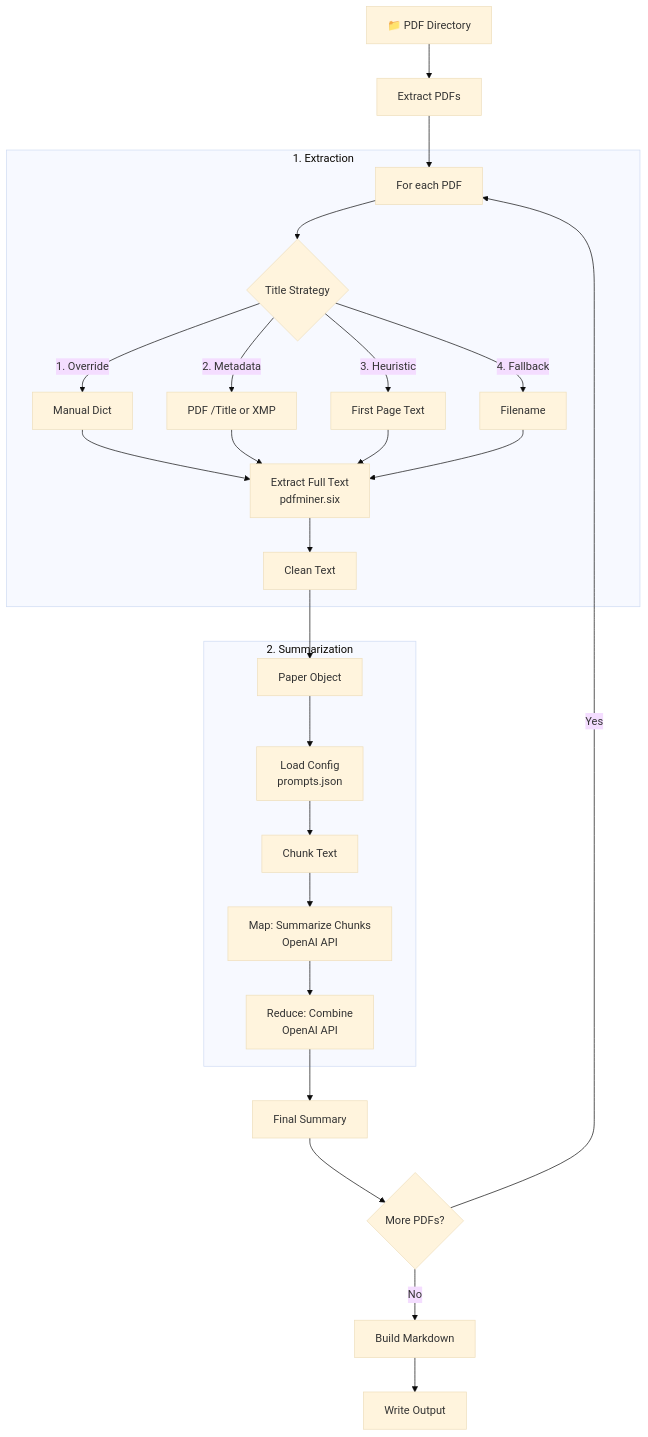
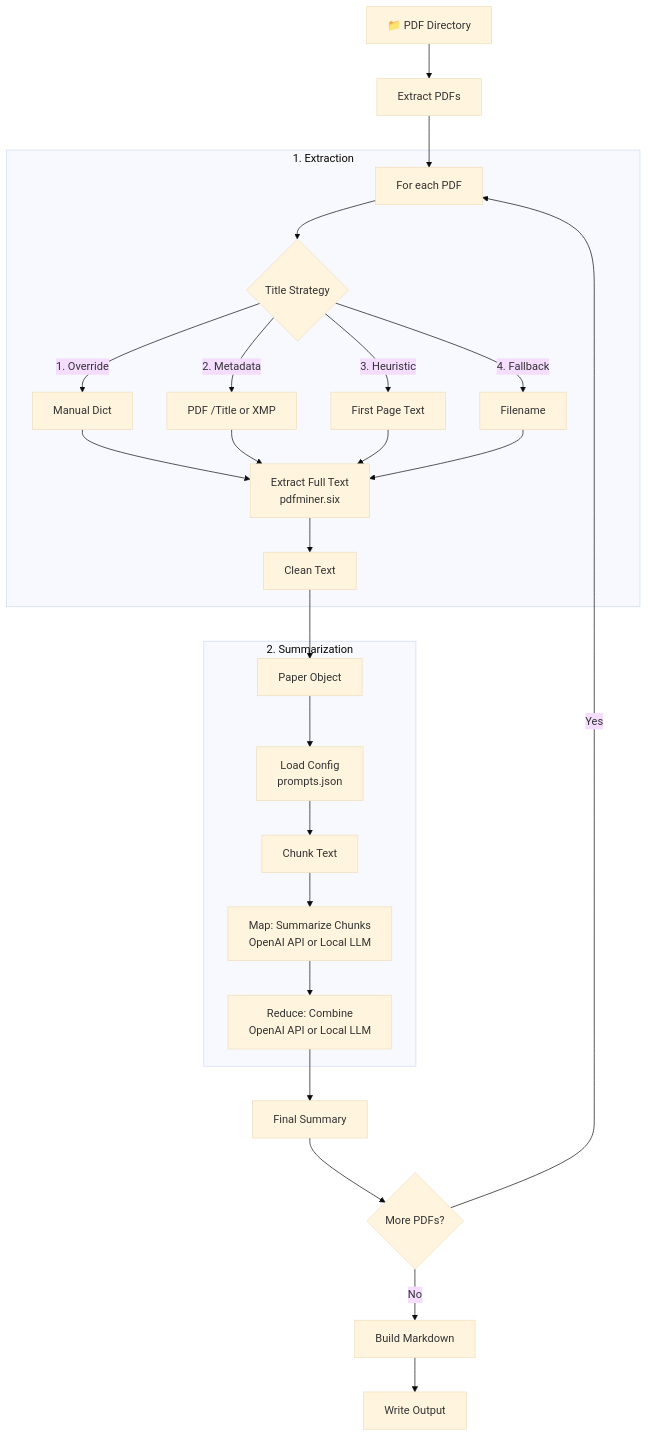
Before and after one commit to angelotc/paper2md: the diagram in README.md, drawn with Mermaid (base theme). The commit also changed other lines of this file and 5 other files, not shown here.

Commit message:
local LLM push

````diff
--- a/README.md
+++ b/README.md
@@ -90,34 +103,34 @@
 ```mermaid
 graph TD
     A[📁 PDF Directory] --> B[Extract PDFs]
     B --> C[For each PDF]
 
     subgraph "1. Extraction"
         C --> D{Title Strategy}
         D -->|1. Override| E[Manual Dict]
         D -->|2. Metadata| F[PDF /Title or XMP]
         D -->|3. Heuristic| G[First Page Text]
         D -->|4. Fallback| H[Filename]
         
         E --> I[Extract Full Text<br/>pdfminer.six]
         F --> I
         G --> I
         H --> I
         I --> J[Clean Text]
     end
 
     J --> K[Paper Object]
 
     subgraph "2. Summarization"
         K --> L[Load Config<br/>prompts.json]
         L --> M[Chunk Text]
-        M --> N[Map: Summarize Chunks<br/>OpenAI API]
-        N --> O[Reduce: Combine<br/>OpenAI API]
+        M --> N[Map: Summarize Chunks<br/>OpenAI API or Local LLM]
+        N --> O[Reduce: Combine<br/>OpenAI API or Local LLM]
     end
 
     O --> P[Final Summary]
     P --> Q{More PDFs?}
     Q -->|Yes| C
     Q -->|No| R[Build Markdown]
     R --> S[Write Output]
 ```
````
